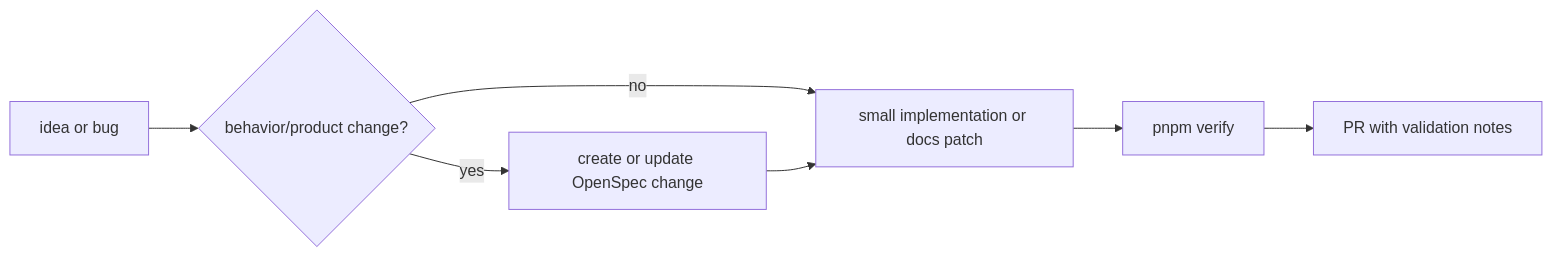
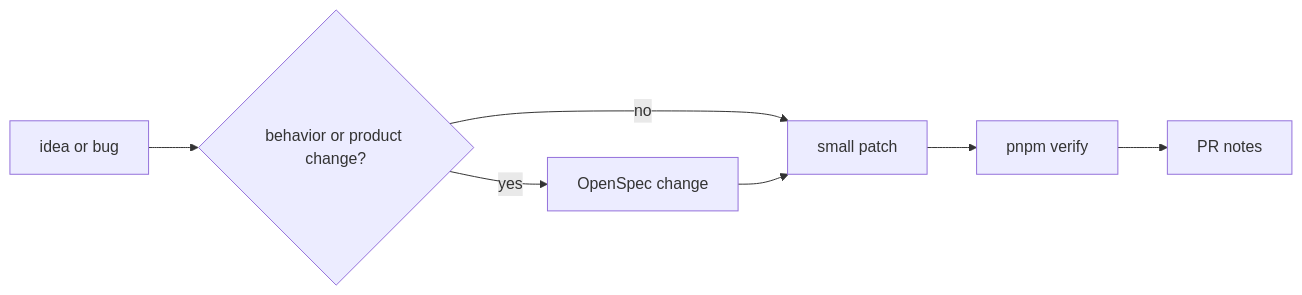
Before and after one commit to cnodejs/cnode-next: the diagram in CONTRIBUTING.md, drawn with Mermaid. The commit also changed other lines of this file and 67 other files, not shown here.

````diff
--- a/CONTRIBUTING.md
+++ b/CONTRIBUTING.md
@@ -5,9 +11,9 @@
 ```mermaid
 flowchart LR
-  Idea[idea or bug] --> Scope{behavior/product change?}
-  Scope -- yes --> OpenSpec[create or update OpenSpec change]
-  Scope -- no --> Patch[small implementation or docs patch]
+  Idea[idea or bug] --> Scope{behavior or product change?}
+  Scope -- yes --> OpenSpec[OpenSpec change]
+  Scope -- no --> Patch[small patch]
   OpenSpec --> Patch
   Patch --> Verify[pnpm verify]
-  Verify --> PR[PR with validation notes]
+  Verify --> PR[PR notes]
 ```
````
